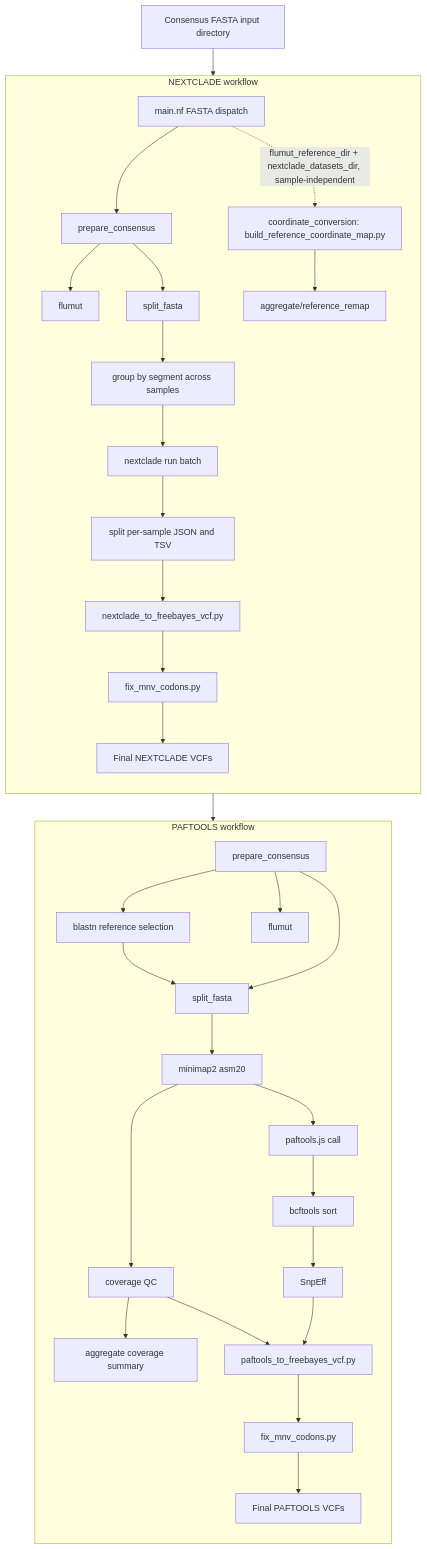
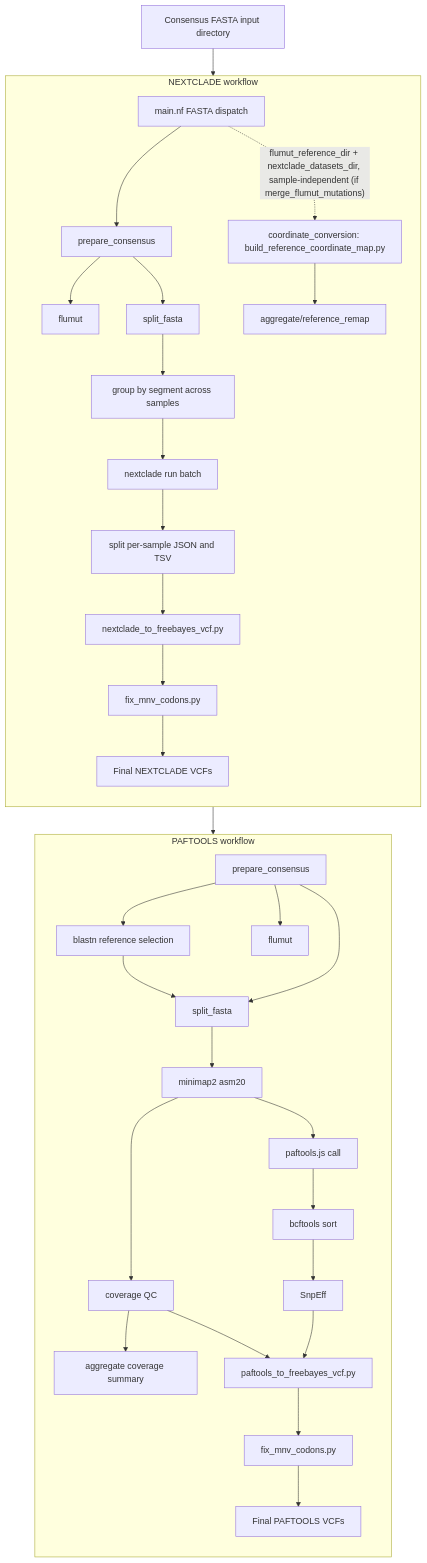
Before and after one commit to BCCDC-PHL/fluscan-nf: the diagram in README.md, drawn with Mermaid. The commit also changed other lines of this file and 3 other files, not shown here.

````diff
--- a/README.md
+++ b/README.md
@@ -44,67 +44,67 @@
 ```mermaid
 flowchart TD
     input[Consensus FASTA input directory]
     dispatch[main.nf FASTA dispatch]
 
     input --> dispatch
     dispatch --> paftools_prepare
     dispatch --> nextclade_prepare
 
     subgraph PAFTOOLS[PAFTOOLS workflow]
         direction TB
         paftools_prepare[prepare_consensus]
         paftools_flumut[flumut]
         blastn[blastn reference selection]
         split_ref[split_fasta]
         minimap[minimap2 asm20]
         covqc[coverage QC]
         covagg[aggregate coverage summary]
         paftools_call[paftools.js call]
         sortvcf[bcftools sort]
         snpeff[SnpEff]
         paf2fb[paftools_to_freebayes_vcf.py]
         fixmnv_paf[fix_mnv_codons.py]
         paf_final[Final PAFTOOLS VCFs]
 
         paftools_prepare --> blastn
         paftools_prepare --> paftools_flumut
         paftools_prepare --> split_ref
         blastn --> split_ref
         split_ref --> minimap
         minimap --> covqc
         covqc --> covagg
         minimap --> paftools_call
         paftools_call --> sortvcf
         sortvcf --> snpeff
         snpeff --> paf2fb
         covqc --> paf2fb
         paf2fb --> fixmnv_paf
         fixmnv_paf --> paf_final
     end
 
     subgraph NEXTCLADE[NEXTCLADE workflow]
         direction TB
         nextclade_prepare[prepare_consensus]
         nextclade_flumut[flumut]
         split_consensus[split_fasta]
         groupseg[group by segment across samples]
         nc_run[nextclade run batch]
         split_results[split per-sample JSON and TSV]
         nc2vcf[nextclade_to_freebayes_vcf.py]
         fixmnv_nc[fix_mnv_codons.py]
         nc_final[Final NEXTCLADE VCFs]
         coord_map[coordinate_conversion: build_reference_coordinate_map.py]
         coord_final[aggregate/reference_remap]
 
         nextclade_prepare --> nextclade_flumut
         nextclade_prepare --> split_consensus
         split_consensus --> groupseg
         groupseg --> nc_run
         nc_run --> split_results
         split_results --> nc2vcf
         nc2vcf --> fixmnv_nc
         fixmnv_nc --> nc_final
-        dispatch -.->|flumut_reference_dir + nextclade_datasets_dir, sample-independent| coord_map
+        dispatch -.->|"flumut_reference_dir + nextclade_datasets_dir, sample-independent (if merge_flumut_mutations)"| coord_map
         coord_map --> coord_final
     end
 ```
````
